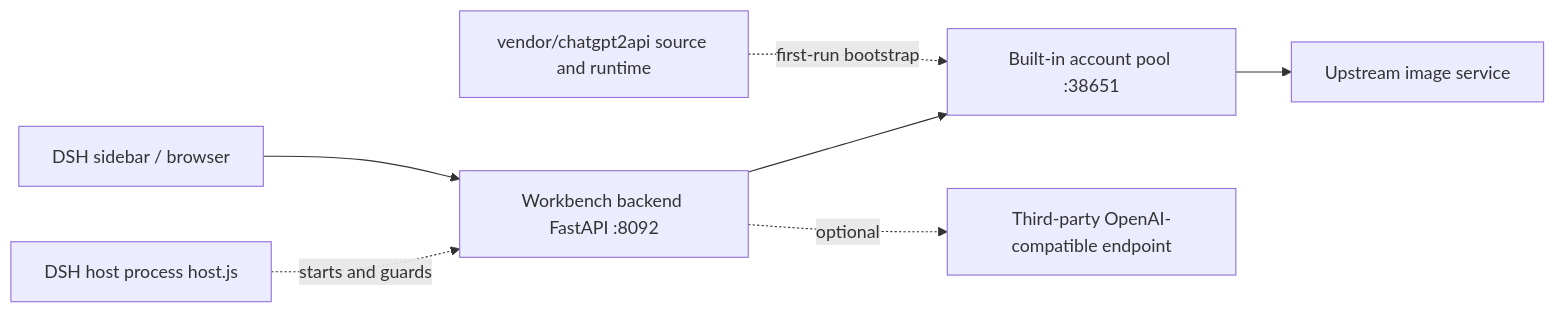
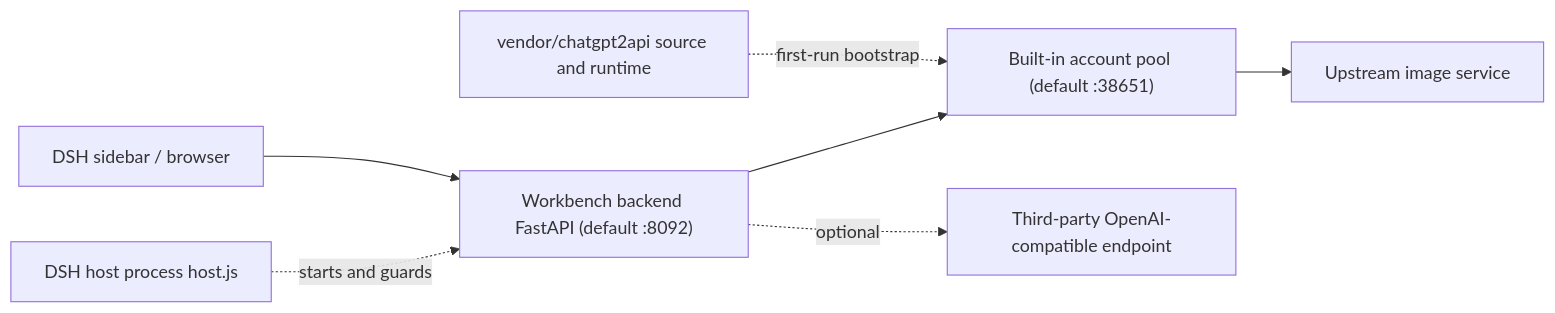
Before and after one commit to guohwa/dsh-plugin-image-workbench: the diagram in README.en.md, drawn with Mermaid. The commit also changed other lines of this file and 4 other files, not shown here.

Commit message:
docs: add upstream provenance for vendored pool; clarify default ports

````diff
--- a/README.en.md
+++ b/README.en.md
@@ -42,9 +42,9 @@
 ```mermaid
 flowchart LR
-  U["DSH sidebar / browser"] --> W["Workbench backend FastAPI :8092"]
+  U["DSH sidebar / browser"] --> W["Workbench backend FastAPI (default :8092)"]
   H["DSH host process host.js"] -. starts and guards .-> W
   V["vendor/chatgpt2api source and runtime"] -. first-run bootstrap .-> P
-  W --> P["Built-in account pool :38651"]
+  W --> P["Built-in account pool (default :38651)"]
   P --> UP["Upstream image service"]
   W -. optional .-> API["Third-party OpenAI-compatible endpoint"]
 ```
````
